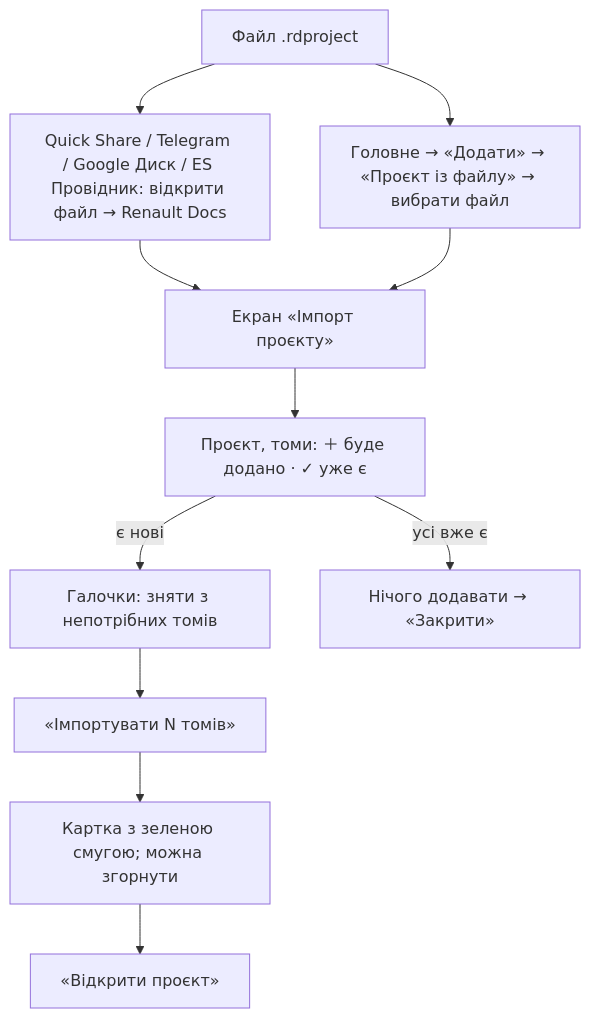
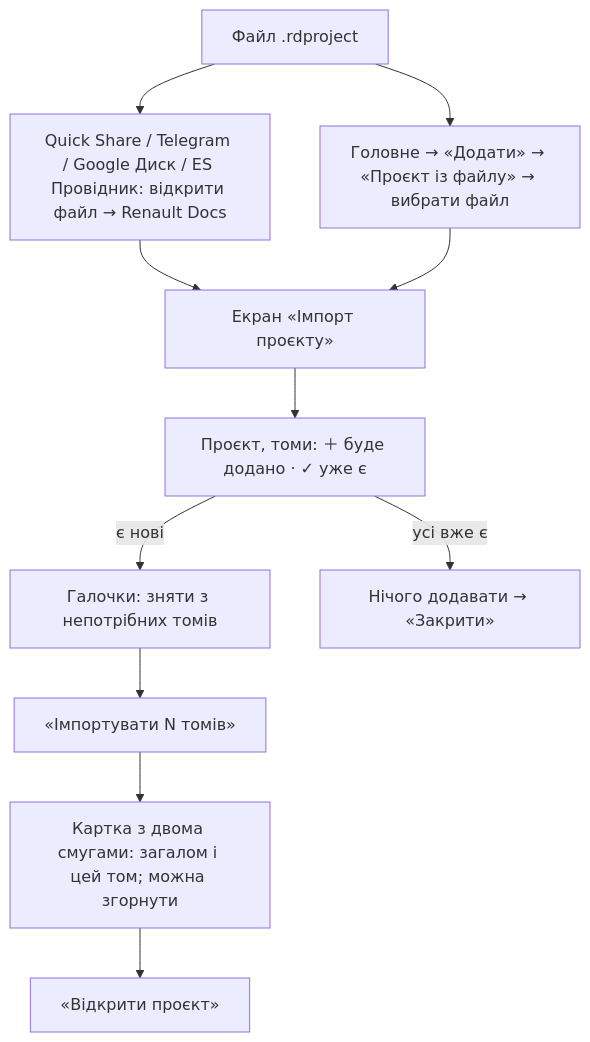
One commit to faric-ua/renault-docs-android changed the fifth of 10 diagrams in docs/ua/USER_GUIDE.md. Above: the diagram before and after it, drawn with Mermaid. The commit also changed other lines of this file and 24 other files, not shown here.

````diff
--- a/docs/ua/USER_GUIDE.md
+++ b/docs/ua/USER_GUIDE.md
@@ -124,13 +124,13 @@
 ```mermaid
 flowchart TD
     F["Файл .rdproject"] --> T["Quick Share / Telegram / Google Диск / ES Провідник: відкрити файл → Renault Docs"]
     F --> H["Головне → «Додати» → «Проєкт із файлу» → вибрати файл"]
     T --> P["Екран «Імпорт проєкту»"]
     H --> P
     P --> L["Проєкт, томи: ＋ буде додано · ✓ уже є"]
     L -->|"є нові"| G["Галочки: зняти з непотрібних томів"]
     G --> B["«Імпортувати N томів»"]
     L -->|"усі вже є"| N["Нічого додавати → «Закрити»"]
-    B --> K["Картка з зеленою смугою; можна згорнути"]
+    B --> K["Картка з двома смугами: загалом і цей том; можна згорнути"]
     K --> OK["«Відкрити проєкт»"]
 ```
````
